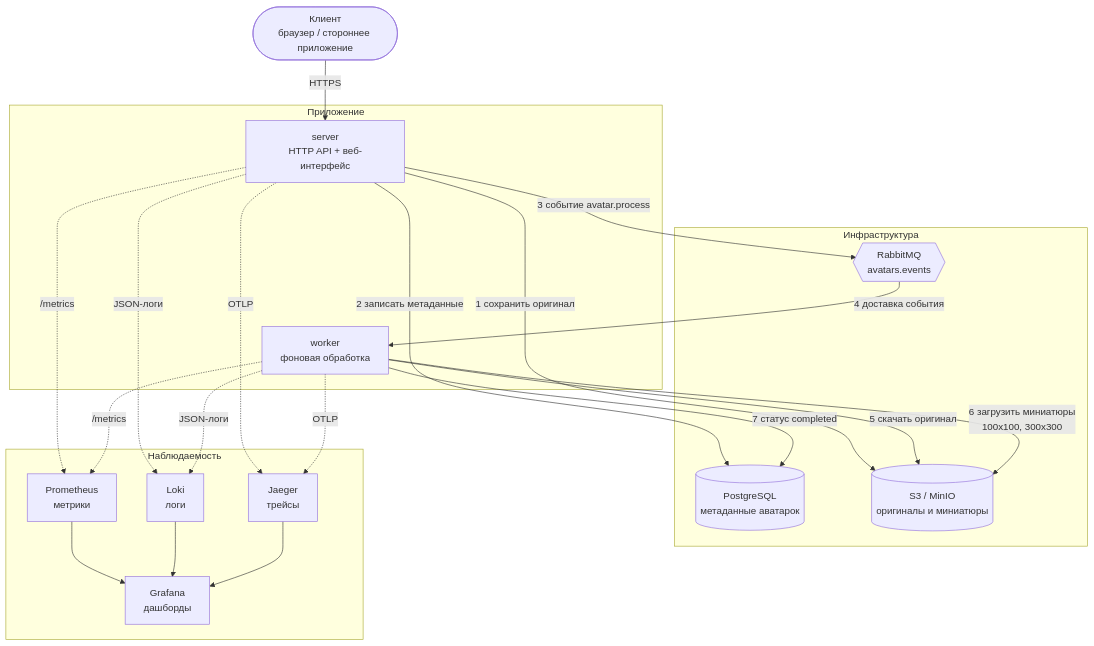
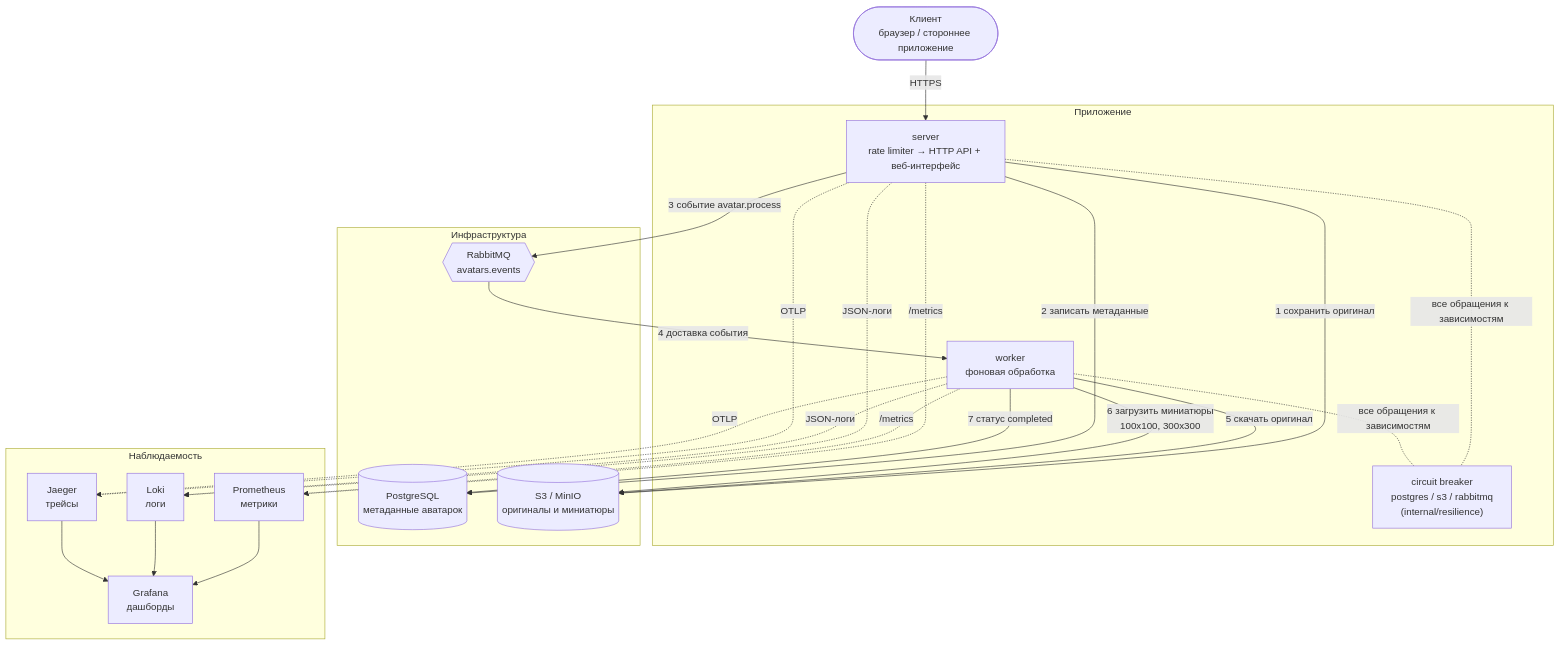
The first of 2 diagrams in docs/architecture.md (gearwheels/practicum_go_avatar), drawn with Mermaid before and after one commit. The commit also changed other lines of this file and 41 other files, not shown here.

````diff
--- a/docs/architecture.md
+++ b/docs/architecture.md
@@ -8,43 +8,47 @@
 ```mermaid
 flowchart TB
     client([Клиент<br/>браузер / стороннее приложение])
 
     subgraph app["Приложение"]
-        server["server<br/>HTTP API + веб-интерфейс"]
+        server["server<br/>rate limiter → HTTP API + веб-интерфейс"]
         worker["worker<br/>фоновая обработка"]
+        cb["circuit breaker<br/>postgres / s3 / rabbitmq<br/>(internal/resilience)"]
     end
 
     subgraph infra["Инфраструктура"]
         pg[("PostgreSQL<br/>метаданные аватарок")]
         s3[("S3 / MinIO<br/>оригиналы и миниатюры")]
         mq{{"RabbitMQ<br/>avatars.events"}}
     end
 
     subgraph obs["Наблюдаемость"]
         prom["Prometheus<br/>метрики"]
         jaeger["Jaeger<br/>трейсы"]
         loki["Loki<br/>логи"]
         grafana["Grafana<br/>дашборды"]
     end
 
     client -->|"HTTPS"| server
 
     server -->|"1 сохранить оригинал"| s3
     server -->|"2 записать метаданные"| pg
     server -->|"3 событие avatar.process"| mq
 
     mq -->|"4 доставка события"| worker
     worker -->|"5 скачать оригинал"| s3
     worker -->|"6 загрузить миниатюры<br/>100x100, 300x300"| s3
     worker -->|"7 статус completed"| pg
 
+    server -.-|"все обращения к зависимостям"| cb
+    worker -.-|"все обращения к зависимостям"| cb
+
     server -.->|"/metrics"| prom
     worker -.->|"/metrics"| prom
     server -.->|"OTLP"| jaeger
     worker -.->|"OTLP"| jaeger
     server -.->|"JSON-логи"| loki
     worker -.->|"JSON-логи"| loki
     prom --> grafana
     loki --> grafana
     jaeger --> grafana
 ```
````
